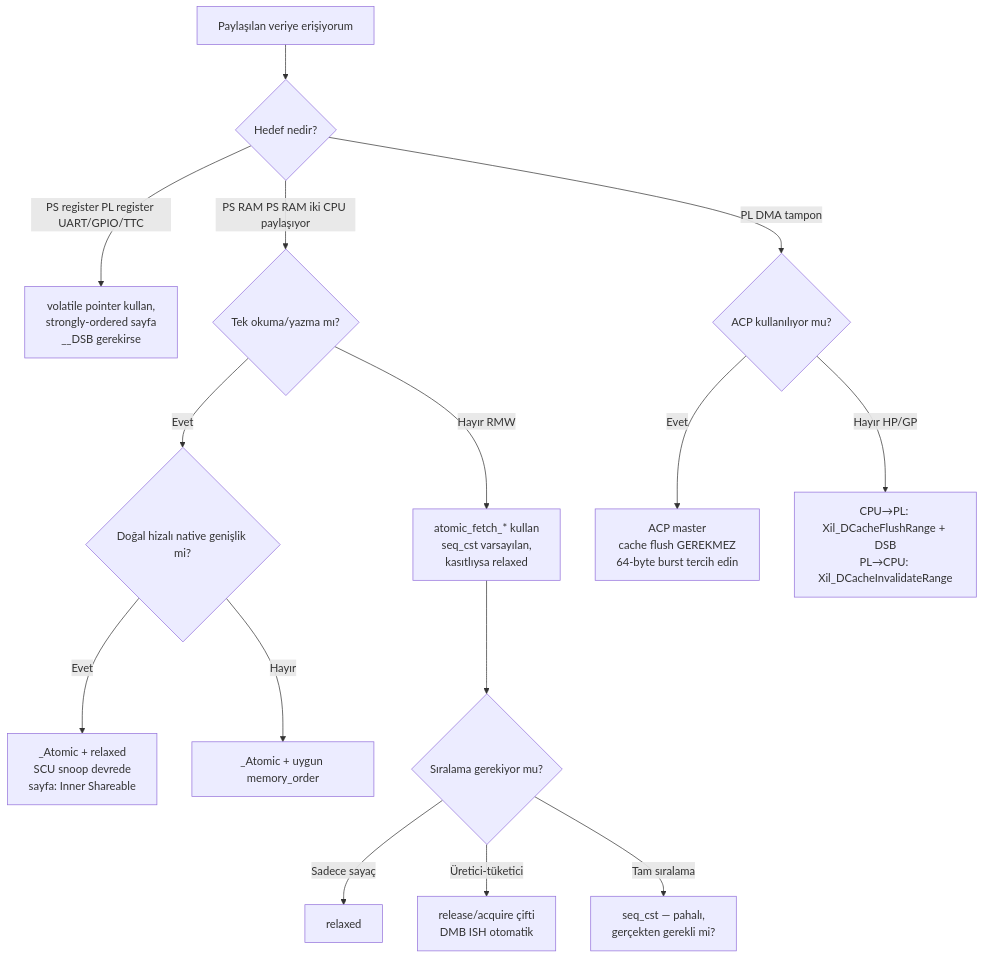
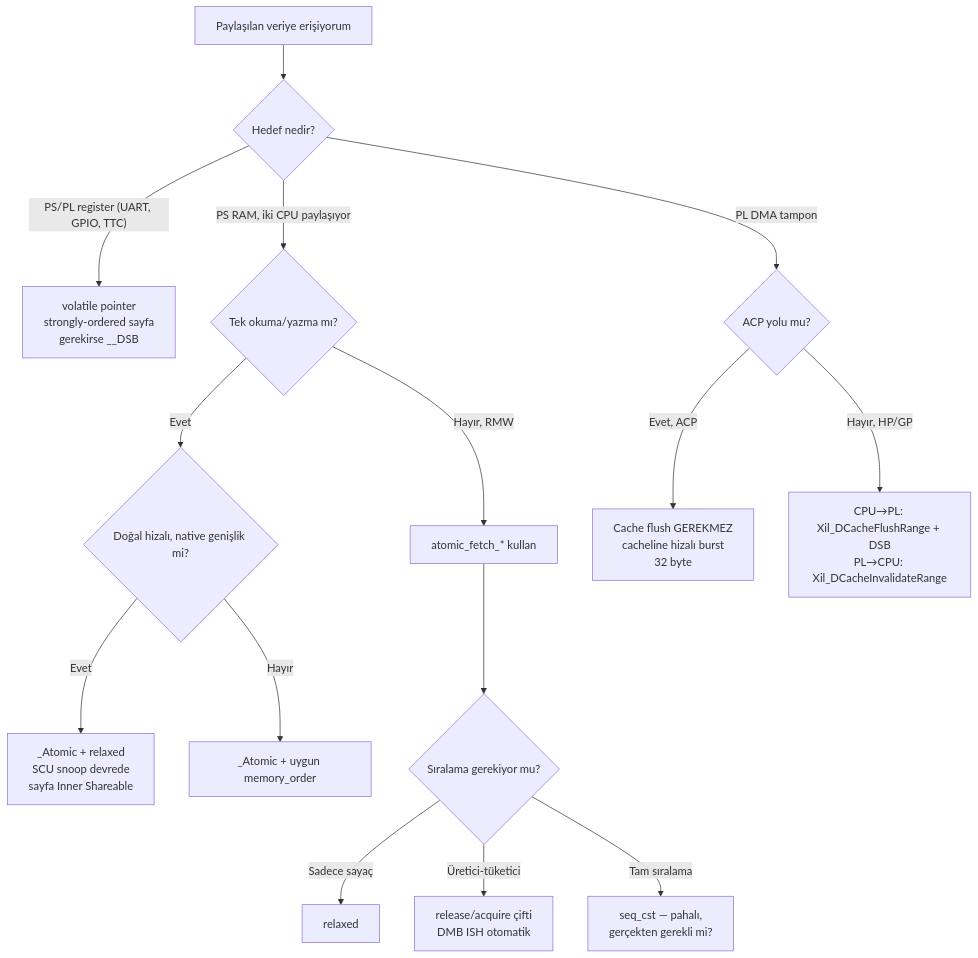
The second of 2 diagrams in _posts/2026-05-29-volatile-yetmediginde-c11-atomic.md (Mavrikant/mavrikant.github.io), drawn with Mermaid before and after one commit. The commit also changed other lines of this file, not shown here.

````diff
--- a/_posts/2026-05-29-volatile-yetmediginde-c11-atomic.md
+++ b/_posts/2026-05-29-volatile-yetmediginde-c11-atomic.md
@@ -526,17 +535,17 @@
 ```mermaid
 flowchart TD
     A[Paylaşılan veriye erişiyorum] --> B{Hedef nedir?}
-    B -- "PS register PL register UART/GPIO/TTC" --> C[volatile pointer kullan,<br/>strongly-ordered sayfa<br/>__DSB gerekirse]
-    B -- "PS RAM PS RAM iki CPU paylaşıyor" --> D{Tek okuma/yazma mı?}
-    B -- "PL DMA tampon" --> M{ACP kullanılıyor mu?}
-    D -- Evet --> E{Doğal hizalı native genişlik mi?}
-    E -- Evet --> F[_Atomic + relaxed<br/>SCU snoop devrede<br/>sayfa: Inner Shareable]
-    E -- Hayır --> G[_Atomic + uygun memory_order]
-    D -- Hayır RMW --> H[atomic_fetch_* kullan<br/>seq_cst varsayılan,<br/>kasıtlıysa relaxed]
+    B -- "PS/PL register (UART, GPIO, TTC)" --> C[volatile pointer<br/>strongly-ordered sayfa<br/>gerekirse __DSB]
+    B -- "PS RAM, iki CPU paylaşıyor" --> D{Tek okuma/yazma mı?}
+    B -- "PL DMA tampon" --> M{ACP yolu mu?}
+    D -- "Evet" --> E{Doğal hizalı, native genişlik mi?}
+    E -- "Evet" --> F[_Atomic + relaxed<br/>SCU snoop devrede<br/>sayfa Inner Shareable]
+    E -- "Hayır" --> G[_Atomic + uygun memory_order]
+    D -- "Hayır, RMW" --> H[atomic_fetch_* kullan]
     H --> I{Sıralama gerekiyor mu?}
-    I -- Sadece sayaç --> J[relaxed]
-    I -- Üretici-tüketici --> K[release/acquire çifti<br/>DMB ISH otomatik]
-    I -- Tam sıralama --> L[seq_cst — pahalı,<br/>gerçekten gerekli mi?]
-    M -- Evet --> N[ACP master<br/>cache flush GEREKMEZ<br/>64-byte burst tercih edin]
-    M -- Hayır HP/GP --> O[CPU→PL: Xil_DCacheFlushRange + DSB<br/>PL→CPU: Xil_DCacheInvalidateRange]
+    I -- "Sadece sayaç" --> J[relaxed]
+    I -- "Üretici-tüketici" --> K[release/acquire çifti<br/>DMB ISH otomatik]
+    I -- "Tam sıralama" --> L[seq_cst — pahalı,<br/>gerçekten gerekli mi?]
+    M -- "Evet, ACP" --> N[Cache flush GEREKMEZ<br/>cacheline hizalı burst<br/>32 byte]
+    M -- "Hayır, HP/GP" --> O[CPU→PL: Xil_DCacheFlushRange + DSB<br/>PL→CPU: Xil_DCacheInvalidateRange]
 ```
````
